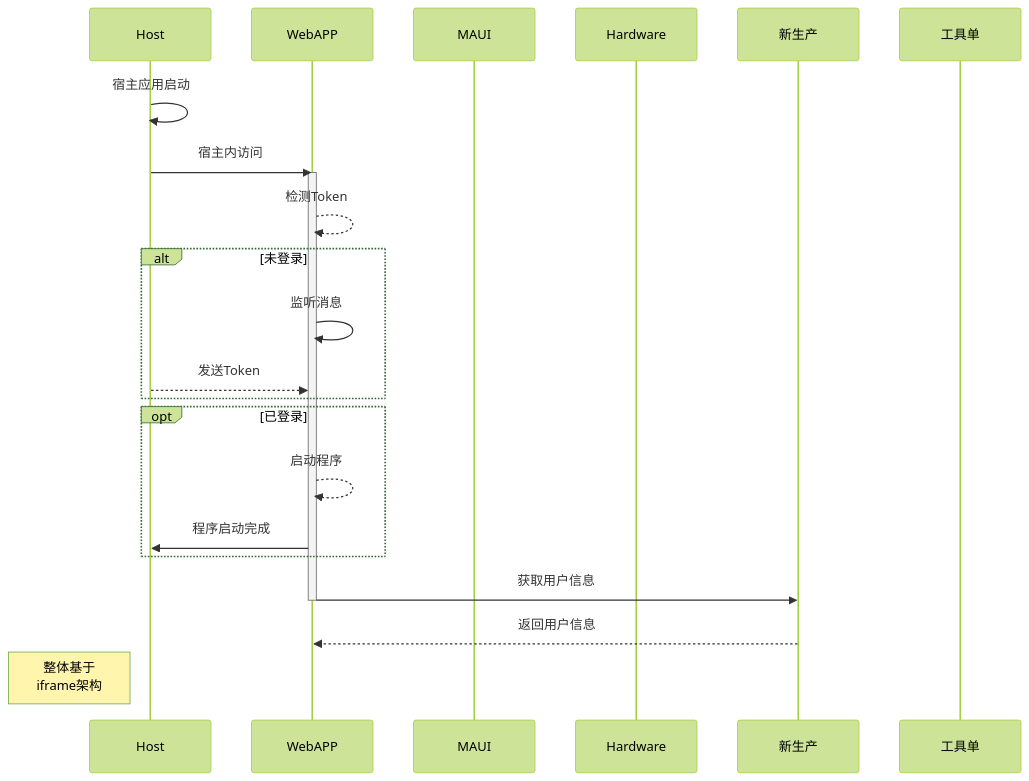
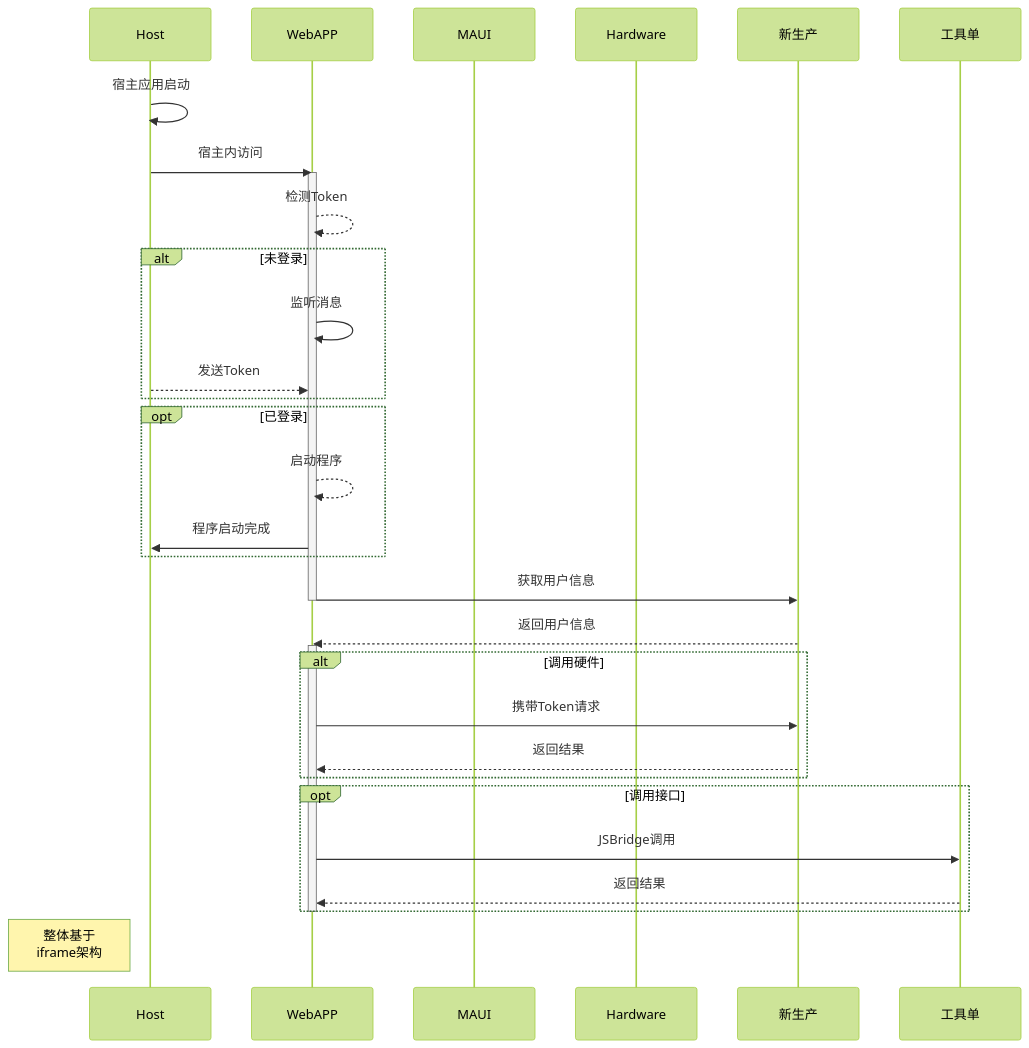
The diagram in gallery/web_app.md (changweihua/changweihua.github.io), drawn with Mermaid before and after one commit. The commit also changed 7 other files, not shown here.

````diff
--- a/gallery/web_app.md
+++ b/gallery/web_app.md
@@ -18,31 +18,42 @@
 ```mermaid
 %%{init: {'theme':'forest'}}%%
 sequenceDiagram
 	participant A as Host
 	participant B as WebAPP
 	participant C as MAUI
 	participant D as Hardware
 	participant E as 新生产
 	participant F as 工具单
 
 	A->>A:宿主应用启动
 	A->>B:宿主内访问
     activate B
 	    B-->>B:检测Token
 
         alt 未登录
             B->>B:监听消息
             A-->>B:发送Token
         end
         opt 已登录
             B-->>B:启动程序
             B->>A:程序启动完成
         end
         B->>E:获取用户信息
-	deactivate B
+	  deactivate B
     
     E-->>B:返回用户信息
+      activate B
+        alt 调用硬件
+          B->>E:携带Token请求
+          E-->>B:返回结果
+        end
+
+        opt 调用接口
+          B->>F:JSBridge调用
+          F-->>B:返回结果
+        end
+      deactivate B
 
 	%% left or right
 	note left of A:整体基于<br>iframe架构
 ```
````
